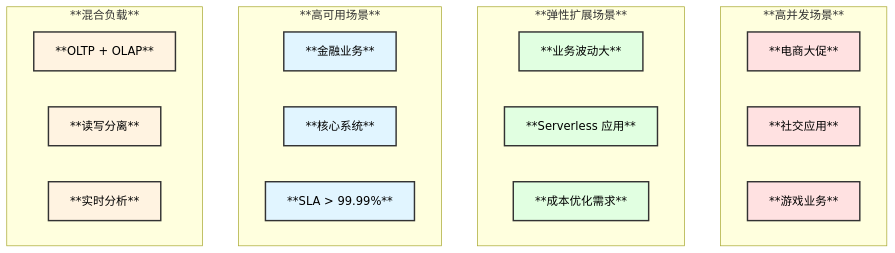
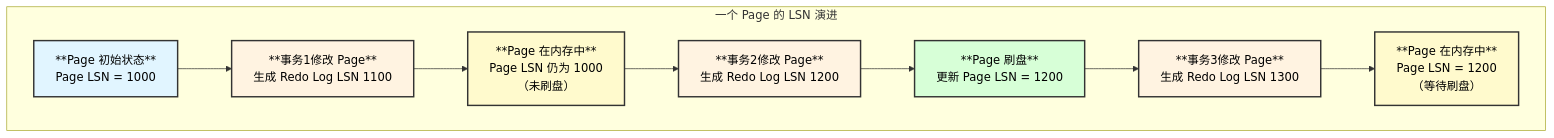
Diagram 19 of 29 in vdocs/design/PolarDB_Architecture.md (victor1589007281/percona-server), drawn with Mermaid before and after one commit. The commit also changed other lines of this file and 141 other files, not shown here.

````diff
--- a/vdocs/design/PolarDB_Architecture.md
+++ b/vdocs/design/PolarDB_Architecture.md
@@ -540,39 +1383,27 @@
 ```mermaid
 graph TB
-    subgraph "**高并发场景**"
-        A[**电商大促**]
-        B[**社交应用**]
-        C[**游戏业务**]
+    subgraph "一个 Page 的 LSN 演进"
+        A["**Page 初始状态**<br/>Page LSN = 1000"]
+        B["**事务1修改 Page**<br/>生成 Redo Log LSN 1100"]
+        C["**Page 在内存中**<br/>Page LSN 仍为 1000<br/>（未刷盘）"]
+        D["**事务2修改 Page**<br/>生成 Redo Log LSN 1200"]
+        E["**Page 刷盘**<br/>更新 Page LSN = 1200"]
+        F["**事务3修改 Page**<br/>生成 Redo Log LSN 1300"]
+        G["**Page 在内存中**<br/>Page LSN = 1200<br/>（等待刷盘）"]
     end
     
-    subgraph "**弹性扩展场景**"
-        D[**业务波动大**]
-        E[**Serverless 应用**]
-        F[**成本优化需求**]
-    end
+    A --> B
+    B --> C
+    C --> D
+    D --> E
+    E --> F
+    F --> G
     
-    subgraph "**高可用场景**"
-        G[**金融业务**]
-        H[**核心系统**]
-        I[**SLA > 99.99%**]
-    end
-    
-    subgraph "**混合负载**"
-        J[**OLTP + OLAP**]
-        K[**读写分离**]
-        L[**实时分析**]
-    end
-    
-    style A fill:#ffe1e1,stroke:#333,stroke-width:2px,color:#000
-    style B fill:#ffe1e1,stroke:#333,stroke-width:2px,color:#000
-    style C fill:#ffe1e1,stroke:#333,stroke-width:2px,color:#000
-    style D fill:#e1ffe1,stroke:#333,stroke-width:2px,color:#000
-    style E fill:#e1ffe1,stroke:#333,stroke-width:2px,color:#000
-    style F fill:#e1ffe1,stroke:#333,stroke-width:2px,color:#000
-    style G fill:#e1f5ff,stroke:#333,stroke-width:2px,color:#000
-    style H fill:#e1f5ff,stroke:#333,stroke-width:2px,color:#000
-    style I fill:#e1f5ff,stroke:#333,stroke-width:2px,color:#000
-    style J fill:#fff3e1,stroke:#333,stroke-width:2px,color:#000
-    style K fill:#fff3e1,stroke:#333,stroke-width:2px,color:#000
-    style L fill:#fff3e1,stroke:#333,stroke-width:2px,color:#000
+    style A fill:#e1f5ff,stroke:#333,stroke-width:2px,color:#000
+    style B fill:#fff3e1,stroke:#333,stroke-width:2px,color:#000
+    style C fill:#fffacd,stroke:#333,stroke-width:2px,color:#000
+    style D fill:#fff3e1,stroke:#333,stroke-width:2px,color:#000
+    style E fill:#d7ffd7,stroke:#333,stroke-width:2px,color:#000
+    style F fill:#fff3e1,stroke:#333,stroke-width:2px,color:#000
+    style G fill:#fffacd,stroke:#333,stroke-width:2px,color:#000
 ```
````
